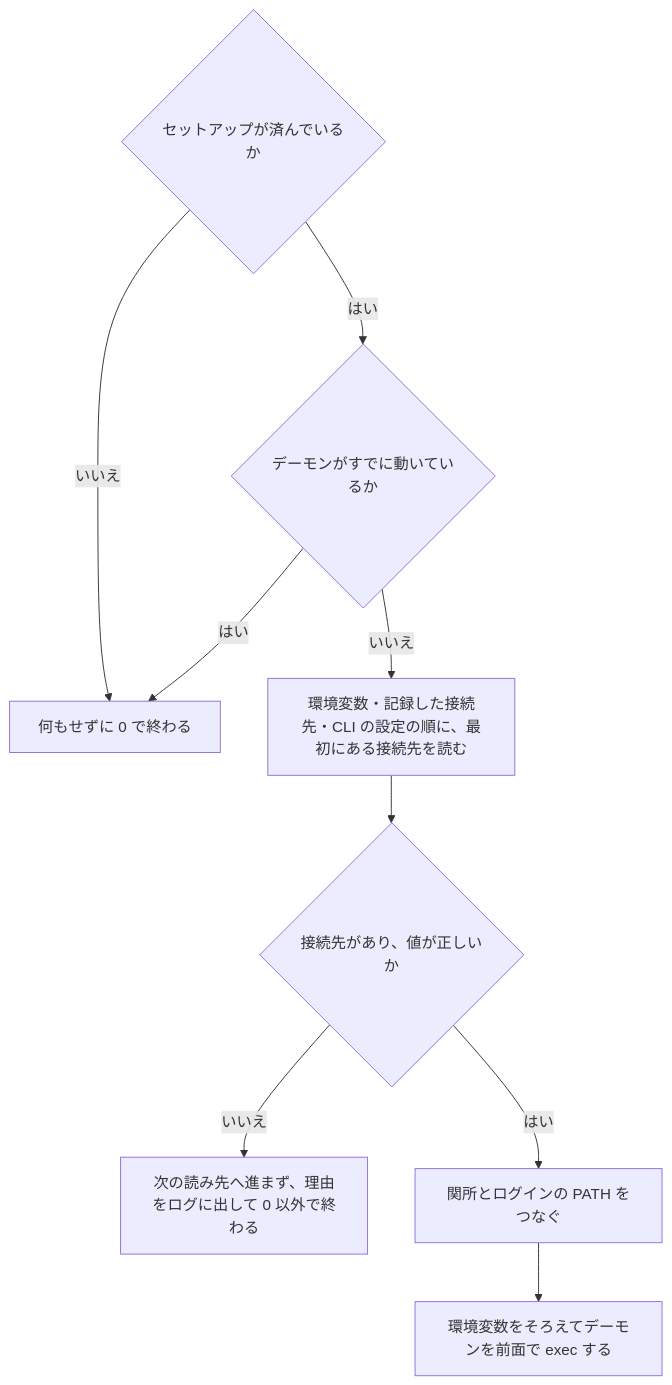
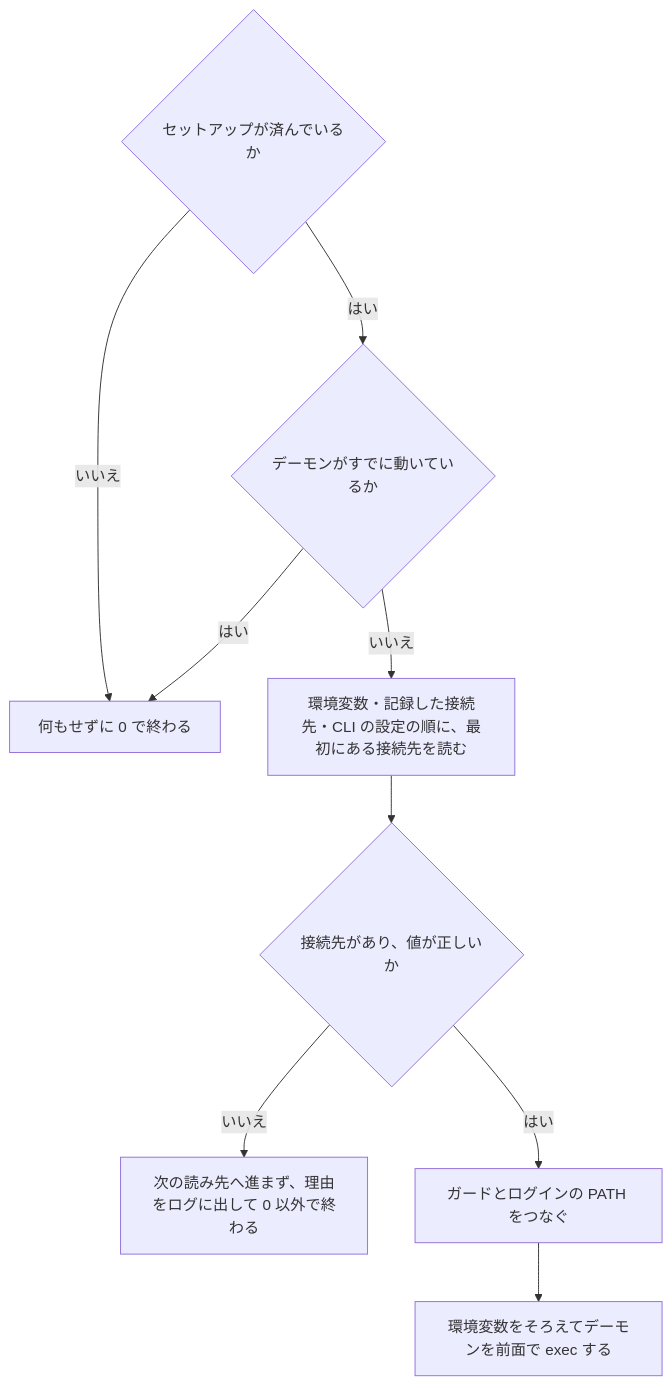
The first of 2 diagrams in docs/vm.md (drecom/multica-squad-kit), drawn with Mermaid before and after one commit. The commit also changed other lines of this file and 18 other files, not shown here.

````diff
--- a/docs/vm.md
+++ b/docs/vm.md
@@ -201,11 +201,11 @@
 ```mermaid
 flowchart TD
   A{セットアップが済んでいるか} -- いいえ --> Z[何もせずに 0 で終わる]
   A -- はい --> B{デーモンがすでに動いているか}
   B -- はい --> Z
   B -- いいえ --> C[環境変数・記録した接続先・CLI の設定の順に、最初にある接続先を読む]
   C --> D{接続先があり、値が正しいか}
   D -- いいえ --> E[次の読み先へ進まず、理由をログに出して 0 以外で終わる]
-  D -- はい --> F[関所とログインの PATH をつなぐ]
+  D -- はい --> F[ガードとログインの PATH をつなぐ]
   F --> G[環境変数をそろえてデーモンを前面で exec する]
 ```
````
